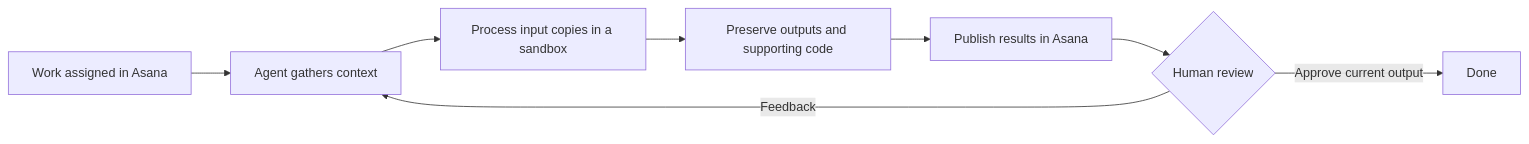
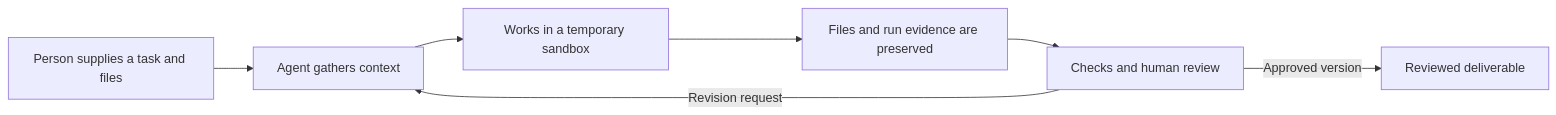
One commit to neil-yee/accounting-finance-agent changed the diagram in README.md. Above: the diagram before and after it, drawn with Mermaid. The commit also changed other lines of this file and 42 other files, not shown here.

````diff
--- a/README.md
+++ b/README.md
@@ -21,10 +42,9 @@
 ```mermaid
 flowchart LR
-    A[Work assigned in Asana] --> B[Agent gathers context]
-    B --> C[Process input copies in a sandbox]
-    C --> D[Preserve outputs and supporting code]
-    D --> E[Publish results in Asana]
-    E --> F{Human review}
-    F -->|Feedback| B
-    F -->|Approve current output| G[Done]
+    A[Person supplies a task and files] --> B[Agent gathers context]
+    B --> C[Works in a temporary sandbox]
+    C --> D[Files and run evidence are preserved]
+    D --> E[Checks and human review]
+    E -->|Revision request| B
+    E -->|Approved version| F[Reviewed deliverable]
 ```
````
